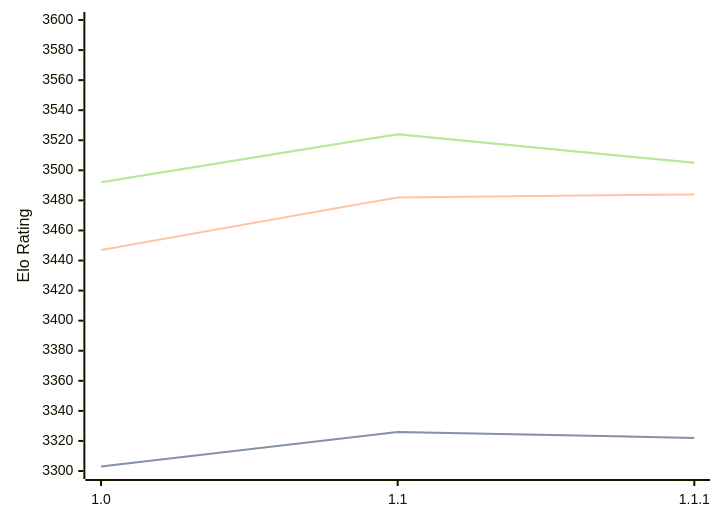
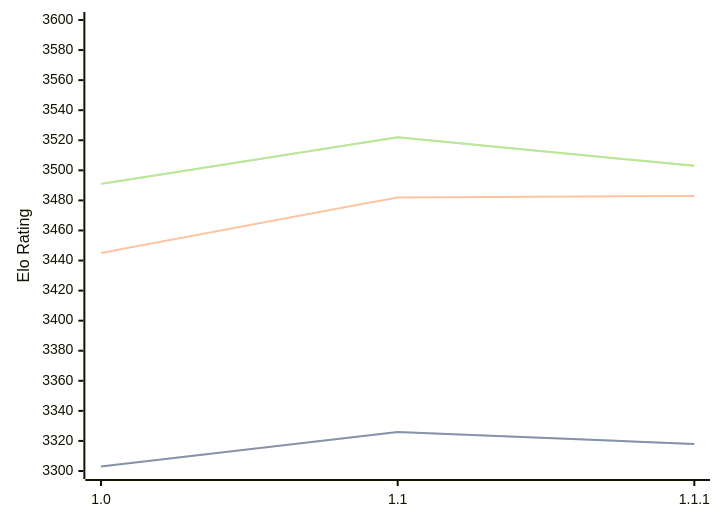
One commit to computer-chess-index/cci changed the diagram in engines/Icarus.md. Above: the diagram before and after it, drawn with Mermaid. The commit also changed other lines of this file, not shown here.

Commit message:
Update CCI Ratings (ELO VLTC) - 2026-07-27

````diff
--- a/engines/Icarus.md
+++ b/engines/Icarus.md
@@ -33,11 +33,11 @@
 ```mermaid
 %%{init: {"theme":"base","themeVariables":{"seriesColors:['#a3a3a3','#222221','#faa371']}}}%%
 xychart-beta
   x-axis ["1.0", "1.1", "1.1.1"]
   y-axis "Elo Rating" 3300 --> 3600
-  line "STC (8.0+0.08s)" [3303, 3326, 3322]
-  line "STC (8.0+0.08s)" [3303, 3326, 3322]
-  line "LTC (60.0+0.60s)" [3447, 3482, 3484]
-  line "VLTC (2m24s+1.12s)" [3492, 3524, 3505]
-  line "VLTC (2m24s+1.12s)" [3492, 3524, 3505]
+  line "STC (8.0+0.08s)" [3303, 3326, 3318]
+  line "STC (8.0+0.08s)" [3303, 3326, 3318]
+  line "LTC (60.0+0.60s)" [3445, 3482, 3483]
+  line "VLTC (2m24s+1.12s)" [3491, 3522, 3503]
+  line "VLTC (2m24s+1.12s)" [3491, 3522, 3503]
 ```
````
